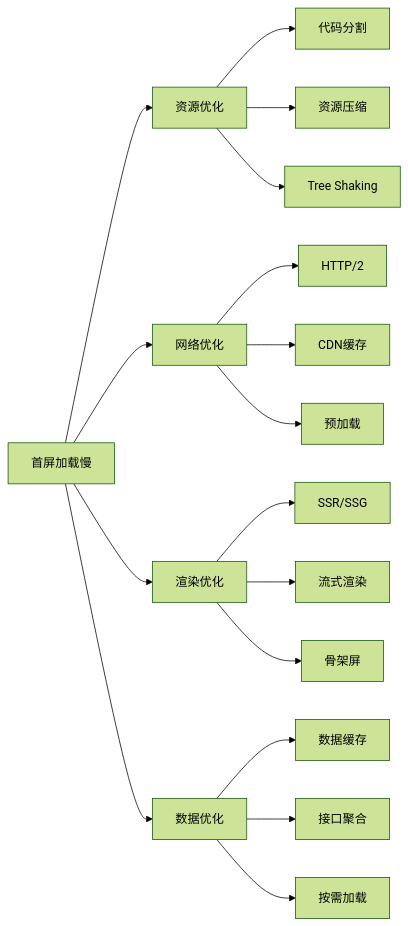
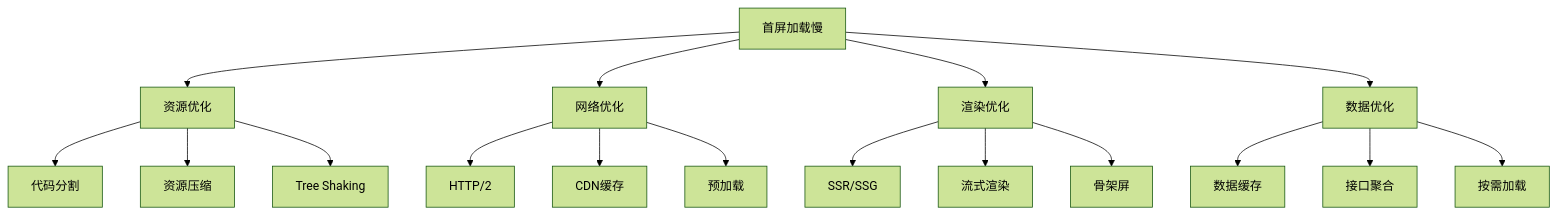
The diagram in apps/docs/experiences/监控/性能指标采集.md (youngluo/thinking), drawn with Mermaid (forest theme) before and after one commit. The commit also changed 9 other files, not shown here.

````diff
--- a/apps/docs/experiences/监控/性能指标采集.md
+++ b/apps/docs/experiences/监控/性能指标采集.md
@@ -155,23 +155,23 @@
 ```mermaid
-graph LR
+graph TD
     A[首屏加载慢] --> B[资源优化]
     A --> C[网络优化]
     A --> D[渲染优化]
     A --> E[数据优化]
 
     B --> B1[代码分割]
     B --> B2[资源压缩]
     B --> B3[Tree Shaking]
 
     C --> C1[HTTP/2]
     C --> C2[CDN缓存]
     C --> C3[预加载]
 
     D --> D1[SSR/SSG]
     D --> D2[流式渲染]
     D --> D3[骨架屏]
 
     E --> E1[数据缓存]
     E --> E2[接口聚合]
     E --> E3[按需加载]
 ```
````
